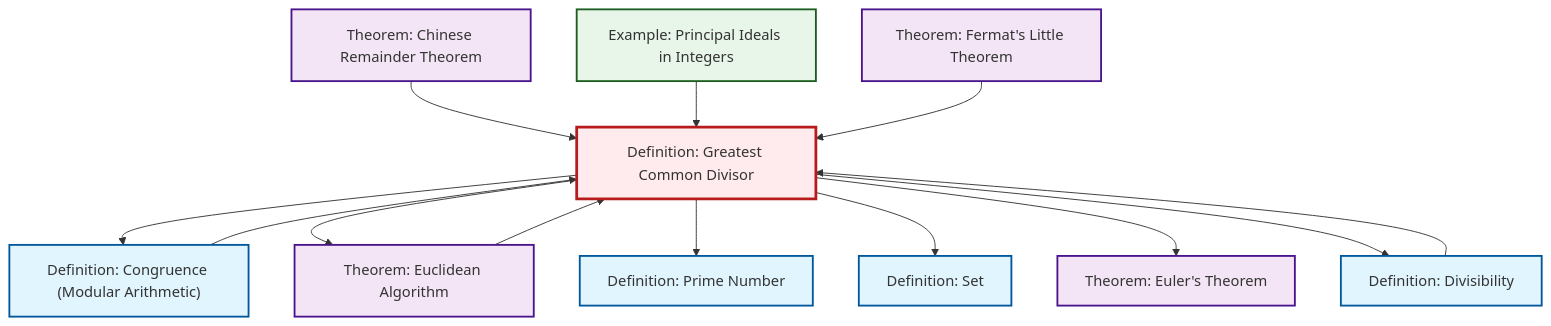
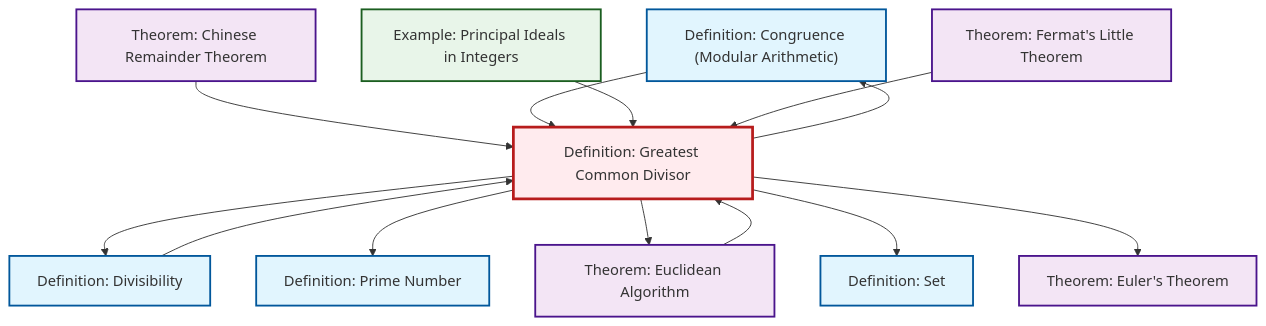
Before and after one commit to RK0429/ModernMath: the second of 2 diagrams in content/ja/number-theory/def-gcd.qmd, drawn with Mermaid. The commit also changed other lines of this file and 619 other files, not shown here.

First line of the commit message:
feat: Add LCM (Least Common Multiple) definition with comprehensive cross-references

````diff
--- a/content/ja/number-theory/def-gcd.qmd
+++ b/content/ja/number-theory/def-gcd.qmd
@@ -86,41 +94,41 @@
 ```{mermaid}
 %%| fig-cap: "Local dependency graph"
 graph TD
     classDef definition fill:#e1f5fe,stroke:#01579b,stroke-width:2px
     classDef theorem fill:#f3e5f5,stroke:#4a148c,stroke-width:2px
     classDef axiom fill:#fff3e0,stroke:#e65100,stroke-width:2px
     classDef example fill:#e8f5e9,stroke:#1b5e20,stroke-width:2px
     classDef current fill:#ffebee,stroke:#b71c1c,stroke-width:3px
+    def-congruence["Definition: Congruence (Modular Arithmetic)"]:::definition
+    def-gcd["Definition: Greatest Common Divisor"]:::definition
+    def-divisibility["Definition: Divisibility"]:::definition
+    def-prime["Definition: Prime Number"]:::definition
+    def-set["Definition: Set"]:::definition
+    thm-euclidean-algorithm["Theorem: Euclidean Algorithm"]:::theorem
     thm-euler["Theorem: Euler's Theorem"]:::theorem
-    def-gcd["Definition: Greatest Common Divisor"]:::definition
-    def-congruence["Definition: Congruence (Modular Arithmetic)"]:::definition
+    ex-principal-ideal["Example: Principal Ideals in Integers"]:::example
+    thm-chinese-remainder["Theorem: Chinese Remainder Theorem"]:::theorem
     thm-fermat-little["Theorem: Fermat's Little Theorem"]:::theorem
-    ex-principal-ideal["Example: Principal Ideals in Integers"]:::example
-    def-set["Definition: Set"]:::definition
-    thm-chinese-remainder["Theorem: Chinese Remainder Theorem"]:::theorem
-    thm-euclidean-algorithm["Theorem: Euclidean Algorithm"]:::theorem
-    def-prime["Definition: Prime Number"]:::definition
-    def-divisibility["Definition: Divisibility"]:::definition
+    def-divisibility --> def-gcd
     thm-chinese-remainder --> def-gcd
+    def-congruence --> def-gcd
     def-gcd --> def-congruence
-    def-gcd --> thm-euclidean-algorithm
+    def-gcd --> def-divisibility
     thm-euclidean-algorithm --> def-gcd
     def-gcd --> def-prime
+    ex-principal-ideal --> def-gcd
+    def-gcd --> thm-euclidean-algorithm
     def-gcd --> def-set
     def-gcd --> thm-euler
-    def-divisibility --> def-gcd
-    def-congruence --> def-gcd
-    def-gcd --> def-divisibility
-    ex-principal-ideal --> def-gcd
     thm-fermat-little --> def-gcd
     class def-gcd current
+    click def-congruence "def-congruence.html" "Definition: Congruence (Modular Arithmetic)へ"
+    click def-divisibility "def-divisibility.html" "Definition: Divisibilityへ"
+    click def-prime "def-prime.html" "Definition: Prime Numberへ"
+    click def-set "def-set.html" "Definition: Setへ"
+    click thm-euclidean-algorithm "thm-euclidean-algorithm.html" "Theorem: Euclidean Algorithmへ"
     click thm-euler "thm-euler.html" "Theorem: Euler's Theoremへ"
-    click def-congruence "def-congruence.html" "Definition: Congruence (Modular Arithmetic)へ"
+    click ex-principal-ideal "ex-principal-ideal.html" "Example: Principal Ideals in Integersへ"
+    click thm-chinese-remainder "thm-chinese-remainder.html" "Theorem: Chinese Remainder Theoremへ"
     click thm-fermat-little "thm-fermat-little.html" "Theorem: Fermat's Little Theoremへ"
-    click ex-principal-ideal "ex-principal-ideal.html" "Example: Principal Ideals in Integersへ"
-    click def-set "def-set.html" "Definition: Setへ"
-    click thm-chinese-remainder "thm-chinese-remainder.html" "Theorem: Chinese Remainder Theoremへ"
-    click thm-euclidean-algorithm "thm-euclidean-algorithm.html" "Theorem: Euclidean Algorithmへ"
-    click def-prime "def-prime.html" "Definition: Prime Numberへ"
-    click def-divisibility "def-divisibility.html" "Definition: Divisibilityへ"
 ```
````
